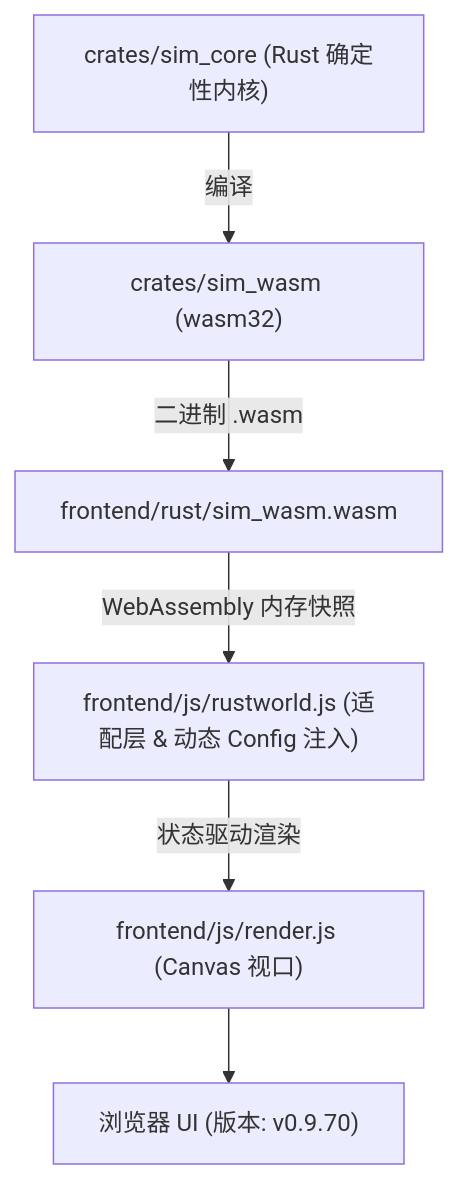
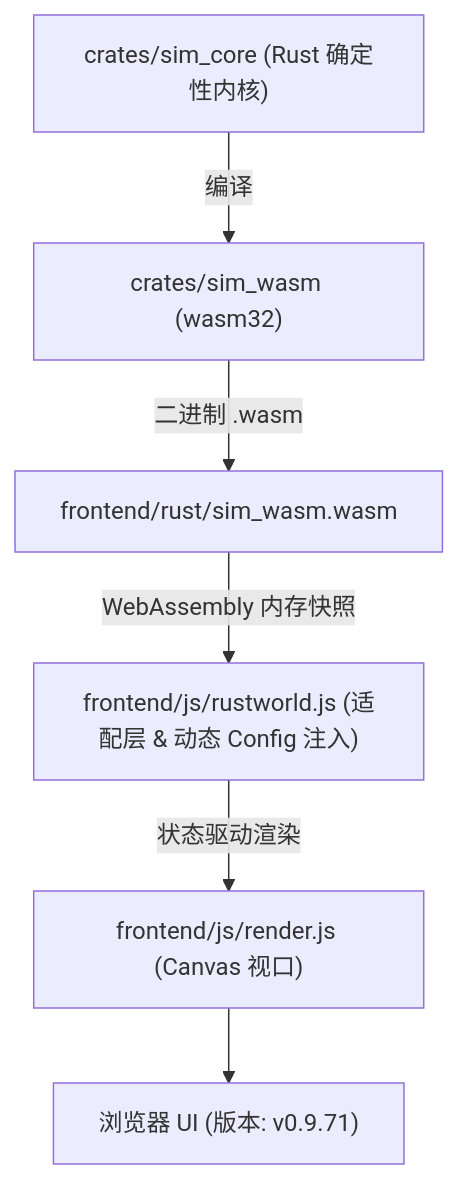
Before and after one commit to g39088902/FlowAndAccord: the diagram in AGENTS.md, drawn with Mermaid. The commit also changed other lines of this file and 9 other files, not shown here.

First line of the commit message:
fix(ui): 3级木石庄舍图标去重 (v0.9.71)

````diff
--- a/AGENTS.md
+++ b/AGENTS.md
@@ -44,8 +44,8 @@
 ```mermaid
 graph TD
     A["crates/sim_core (Rust 确定性内核)"] -->|编译| B["crates/sim_wasm (wasm32)"]
     B -->|二进制 .wasm| C["frontend/rust/sim_wasm.wasm"]
     C -->|WebAssembly 内存快照| D["frontend/js/rustworld.js (适配层 & 动态 Config 注入)"]
     D -->|状态驱动渲染| E["frontend/js/render.js (Canvas 视口)"]
-    E --> F["浏览器 UI (版本: v0.9.70)"]
+    E --> F["浏览器 UI (版本: v0.9.71)"]
 ```
````
